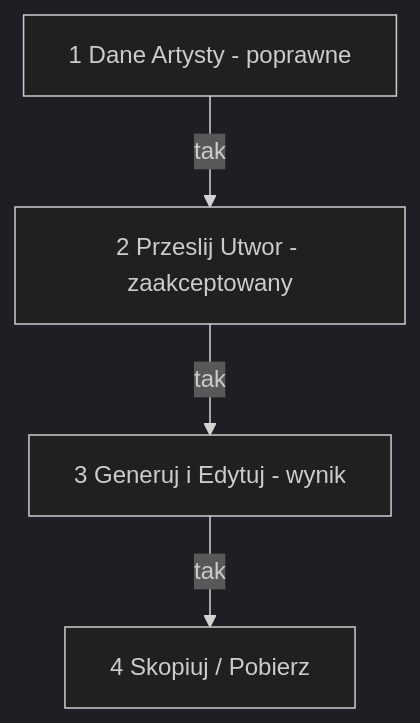
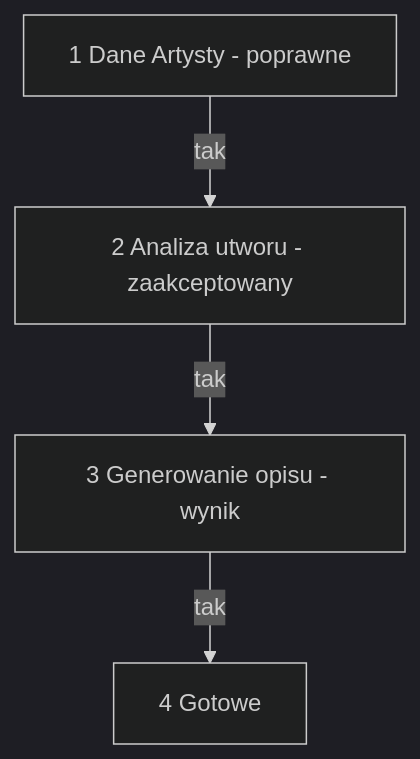
The second of 6 diagrams in docs/front-end-spec.md (RafalWojciechRolsky/artist-amplifier), drawn with Mermaid (dark theme) before and after one commit. The commit also changed other lines of this file and 16 other files, not shown here.

Commit message:
refactor: rename UI steps and improve stepper navigation flow

````diff
--- a/docs/front-end-spec.md
+++ b/docs/front-end-spec.md
@@ -75,7 +75,7 @@
 ```mermaid
 graph TD
-  S1[1 Dane Artysty - poprawne] -->|tak| S2[2 Przeslij Utwor - zaakceptowany]
-  S2 -->|tak| S3[3 Generuj i Edytuj - wynik]
-  S3 -->|tak| S4[4 Skopiuj / Pobierz]
+  S1[1 Dane Artysty - poprawne] -->|tak| S2[2 Analiza utworu - zaakceptowany]
+  S2 -->|tak| S3[3 Generowanie opisu - wynik]
+  S3 -->|tak| S4[4 Gotowe]
 
 ```
````
